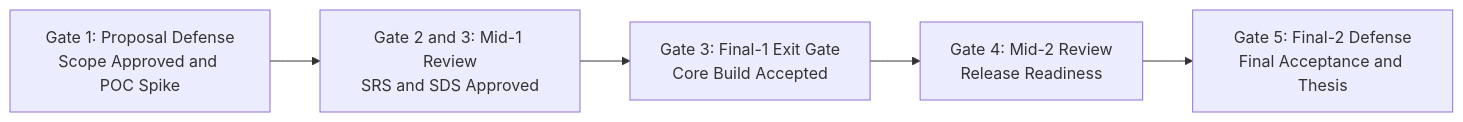
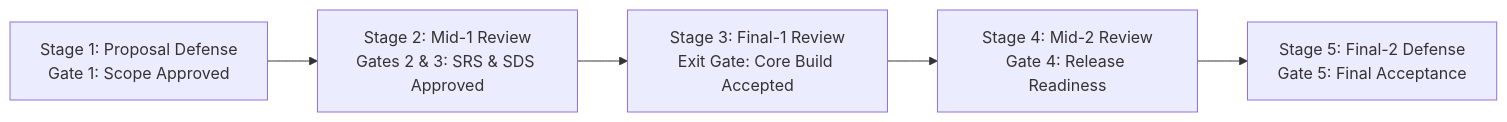
Before and after one commit to Rayan581/forge: the fourth of 5 diagrams in FORGE_Proposal.md, drawn with Mermaid. The commit also changed other lines of this file and 13 other files, not shown here.

Commit message:
Add final FYP proposal, changelog, updated TODO, and architecture diagram assets

````diff
--- a/FORGE_Proposal.md
+++ b/FORGE_Proposal.md
@@ -573,7 +1054,7 @@
 ```mermaid
 flowchart LR
-    G1["Gate 1: Proposal Defense<br/>Scope Approved and POC Spike"] --> G2["Gate 2 and 3: Mid-1 Review<br/>SRS and SDS Approved"]
-    G2 --> G3["Gate 3: Final-1 Exit Gate<br/>Core Build Accepted"]
-    G3 --> G4["Gate 4: Mid-2 Review<br/>Release Readiness"]
-    G4 --> G5["Gate 5: Final-2 Defense<br/>Final Acceptance and Thesis"]
+    G1["Stage 1: Proposal Defense<br/>Gate 1: Scope Approved"] --> G2["Stage 2: Mid-1 Review<br/>Gates 2 & 3: SRS & SDS Approved"]
+    G2 --> G3["Stage 3: Final-1 Review<br/>Exit Gate: Core Build Accepted"]
+    G3 --> G4["Stage 4: Mid-2 Review<br/>Gate 4: Release Readiness"]
+    G4 --> G5["Stage 5: Final-2 Defense<br/>Gate 5: Final Acceptance"]
 ```
````
